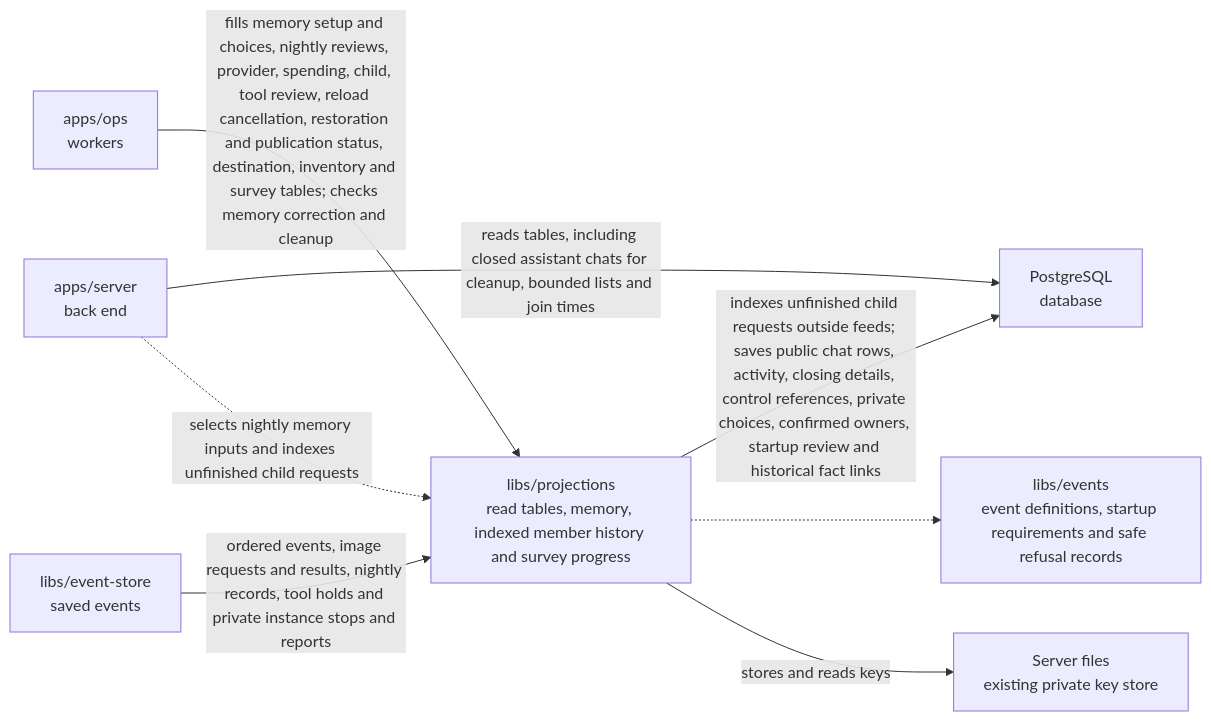
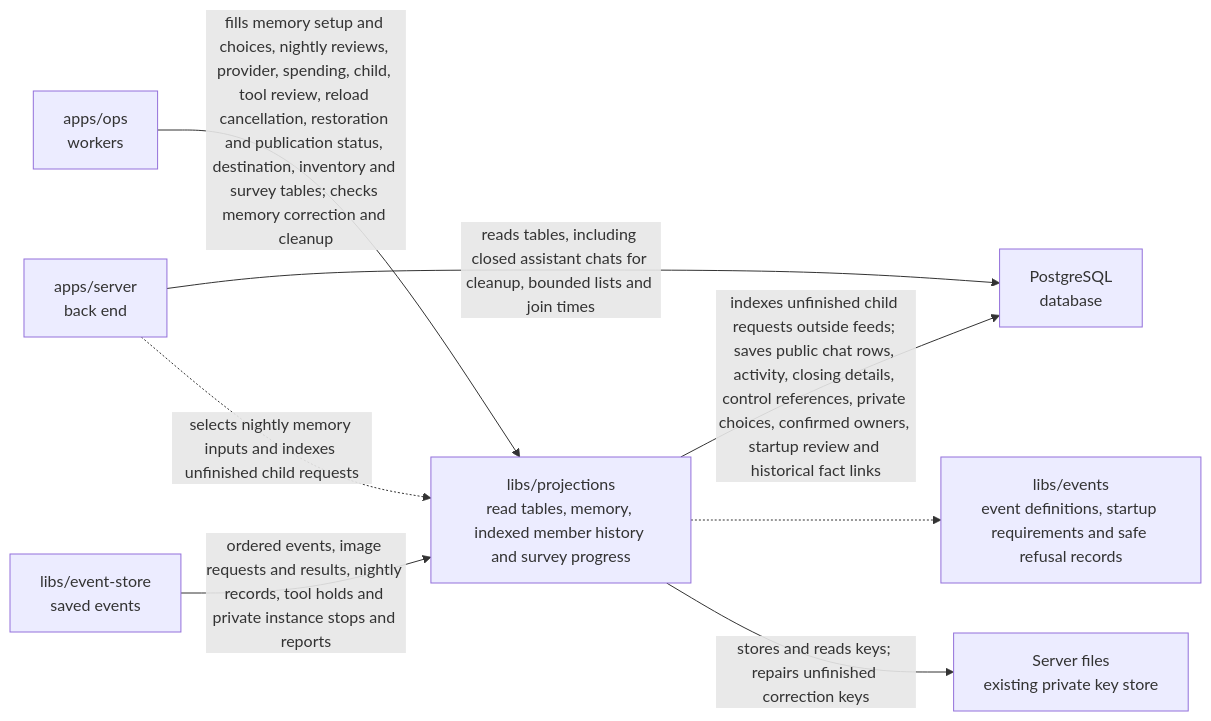
Before and after one commit to elewa-git/opencrane-new: the diagram in libs/projections/README.md, drawn with Mermaid. The commit also changed other lines of this file and 6 other files, not shown here.

````diff
--- a/libs/projections/README.md
+++ b/libs/projections/README.md
@@ -23,10 +23,10 @@
 ```mermaid
 flowchart LR
   ops["apps/ops<br/>workers"] -->|fills memory setup and choices, nightly reviews, provider, spending, child, tool review, reload cancellation, restoration and publication status, destination, inventory and survey tables; checks memory correction and cleanup| projections["libs/projections<br/>read tables, memory, indexed member history and survey progress"]
   server["apps/server<br/>back end"] -->|reads tables, including closed assistant chats for cleanup, bounded lists and join times| pg["PostgreSQL<br/>database"]
   projections -->|indexes unfinished child requests outside feeds; saves public chat rows, activity, closing details, control references, private choices, confirmed owners, startup review and historical fact links| pg
   store["libs/event-store<br/>saved events"] -->|ordered events, image requests and results, nightly records, tool holds and private instance stops and reports| projections
   server -.->|selects nightly memory inputs and indexes unfinished child requests| projections
   projections -.-> events["libs/events<br/>event definitions, startup requirements and safe refusal records"]
-  projections -->|stores and reads keys| keys["Server files<br/>existing private key store"]
+  projections -->|stores and reads keys; repairs unfinished correction keys| keys["Server files<br/>existing private key store"]
 ```
````
